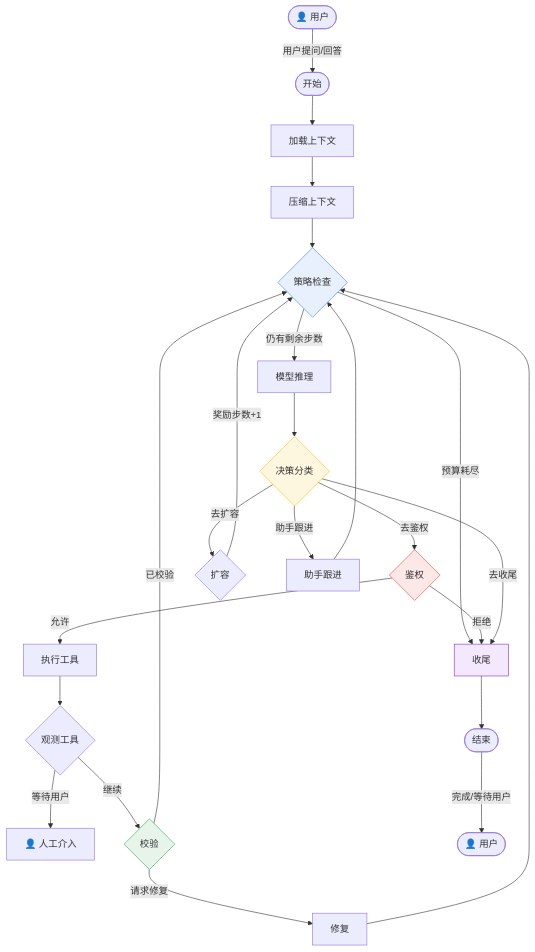
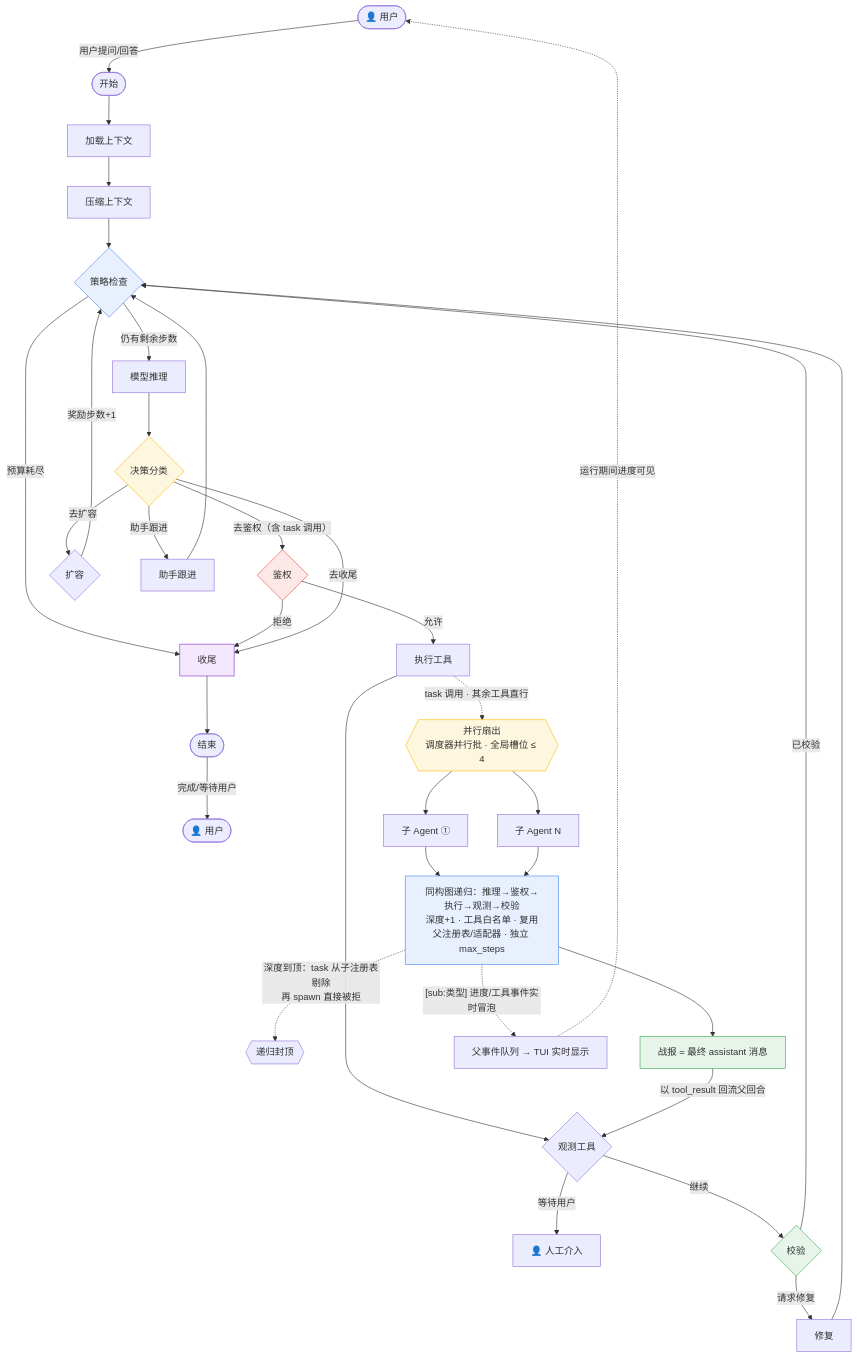
Before and after one commit to yushui6666/Minicode-plus: the second of 2 diagrams in README.md, drawn with Mermaid. The commit also changed other lines of this file and 15 other files, not shown here.

````diff
--- a/README.md
+++ b/README.md
@@ -35,32 +130,46 @@
 ```mermaid
 flowchart TD
     HUMAN_START([👤 用户]) -- "用户提问/回答" --> START([开始])
     START --> LC[加载上下文]
     LC --> CP[压缩上下文]
     CP --> SP{策略检查}
     SP -- "预算耗尽" --> FZ[收尾]
     SP -- "仍有剩余步数" --> MD[模型推理]
     MD --> CS{决策分类}
-    CS -- "去鉴权" --> AUTH{鉴权}
+    CS -- "去鉴权（含 task 调用）" --> AUTH{鉴权}
     AUTH -- "允许" --> EX[执行工具]
     AUTH -- "拒绝" --> FZ
     EX --> OBS{观测工具}
     OBS -- "等待用户" --> HUMAN[👤 人工介入]
     OBS -- "继续" --> V{校验}
     V -- "请求修复" --> RP[修复]
     RP --> SP
     V -- "已校验" --> SP
     CS -- "去扩容" --> WD{扩容}
     WD -- "奖励步数+1" --> SP
     CS -- "助手跟进" --> AF[助手跟进]
     AF --> SP
     CS -- "去收尾" --> FZ
     FZ --> END([结束])
     END -- "完成/等待用户" --> HUMAN_END([👤 用户])
 
+    %% ---- 多 Agent 补入逻辑（task 工具 = 同构图递归）----
+    EX -. "task 调用 · 其余工具直行" .-> FANOUT{{"并行扇出<br/>调度器并行批 · 全局槽位 ≤ 4"}}
+    FANOUT --> SA1["子 Agent ①"]
+    FANOUT --> SA2["子 Agent N"]
+    SA1 & SA2 --> SUBG["同构图递归：推理→鉴权→执行→观测→校验<br/>深度+1 · 工具白名单 · 复用父注册表/适配器 · 独立 max_steps"]
+    SUBG -. "深度到顶：task 从子注册表剔除<br/>再 spawn 直接被拒" .-> CAP{{"递归封顶"}}
+    SUBG --> REPORT["战报 = 最终 assistant 消息"]
+    REPORT -- "以 tool_result 回流父回合" --> OBS
+    SUBG -. "[sub:类型] 进度/工具事件实时冒泡" .-> TUIQ["父事件队列 → TUI 实时显示"]
+    TUIQ -. "运行期间进度可见" .-> HUMAN_START
+
     style SP fill:#e8f0fe,stroke:#4285f4
     style CS fill:#fef7e0,stroke:#fbbc04
     style AUTH fill:#fce8e6,stroke:#ea4335
     style V fill:#e6f4ea,stroke:#34a853
     style FZ fill:#f3e8fd,stroke:#8430ce
+    style FANOUT fill:#fef7e0,stroke:#fbbc04
+    style SUBG fill:#e8f0fe,stroke:#4285f4
+    style REPORT fill:#e6f4ea,stroke:#34a853
 ```
````
